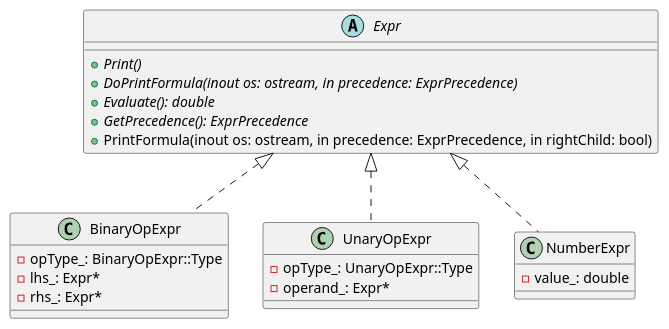
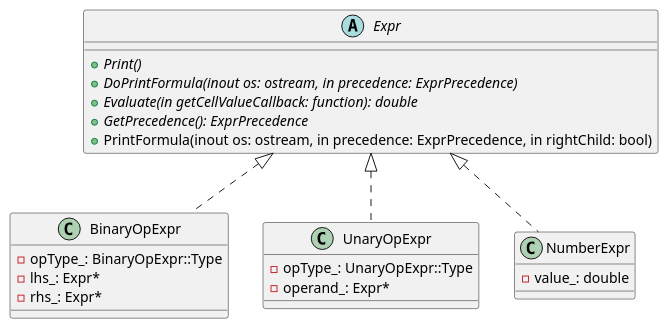
One commit to kazarynau/YandexPraktikumFinal changed the diagram in uml/expression.puml. Above: the diagram before and after it, drawn with PlantUML. The commit also changed 16 other files, not shown here.

Commit message:
Add GetCellValue() callback

```diff
--- a/uml/expression.puml
+++ b/uml/expression.puml
@@ -2,30 +2,30 @@
 @startuml
 
 abstract class Expr {
     +{abstract} Print()
     +{abstract} DoPrintFormula(inout os: ostream, in precedence: ExprPrecedence)
-    +{abstract} Evaluate(): double
+    +{abstract} Evaluate(in getCellValueCallback: function): double
     +{abstract} GetPrecedence(): ExprPrecedence
     +PrintFormula(inout os: ostream, in precedence: ExprPrecedence, in rightChild: bool)
 }
 
 class BinaryOpExpr {
     -opType_: BinaryOpExpr::Type
     -lhs_: Expr*
     -rhs_: Expr*
 }
 
 class UnaryOpExpr {
     -opType_: UnaryOpExpr::Type
     -operand_: Expr*
 }
 
 class NumberExpr {
     -value_: double
 }
 
 class BinaryOpExpr implements Expr
 class UnaryOpExpr implements Expr
 class NumberExpr implements Expr
 
 @enduml
```
